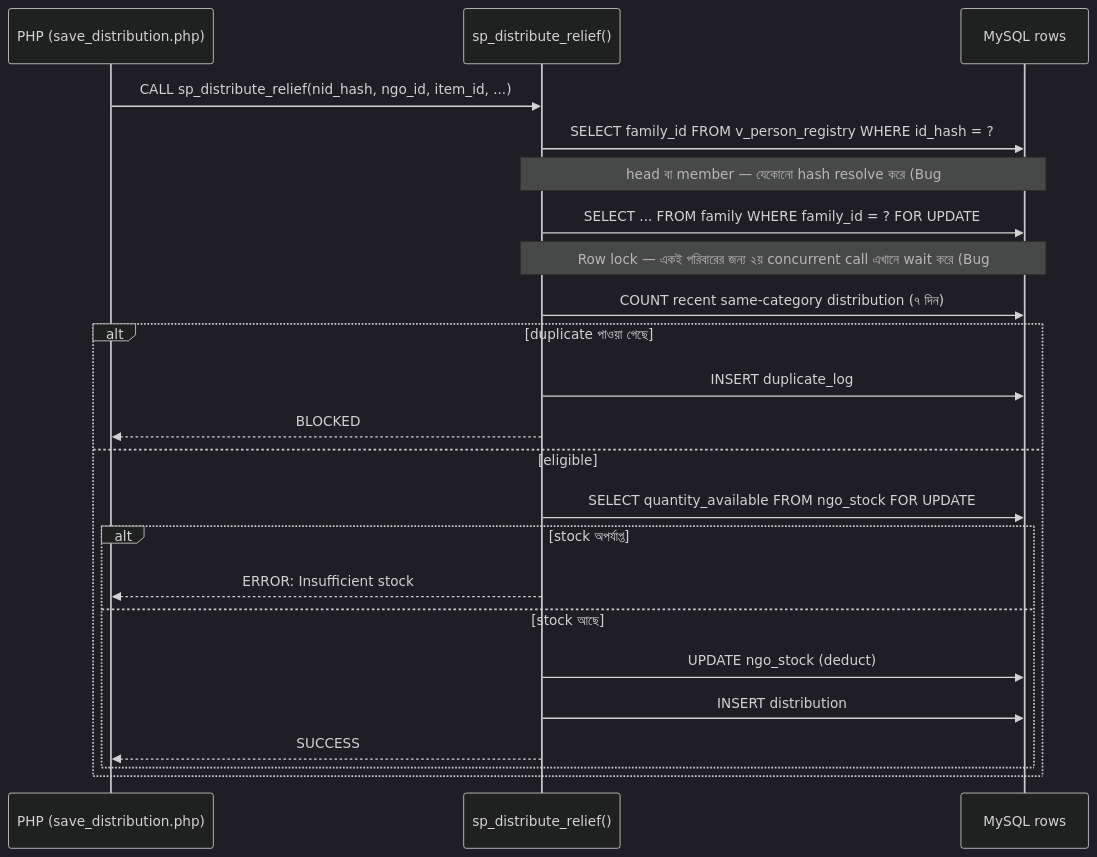
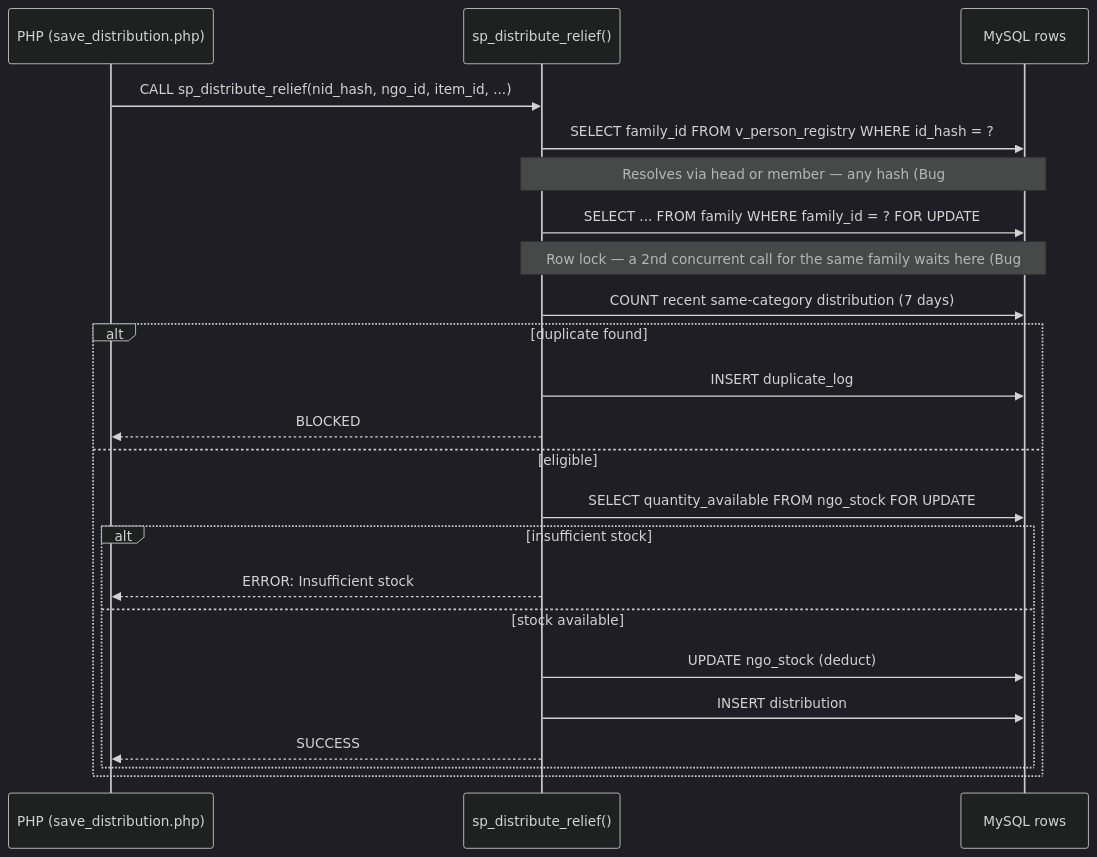
The third of 3 diagrams in README.md (gulamsakaria/relief-system), drawn with Mermaid (dark theme) before and after one commit. The commit also changed other lines of this file, not shown here.

````diff
--- a/README.md
+++ b/README.md
@@ -290,26 +291,26 @@
 ```mermaid
 sequenceDiagram
     participant App as PHP (save_distribution.php)
     participant Proc as sp_distribute_relief()
     participant DB as MySQL rows
 
     App->>Proc: CALL sp_distribute_relief(nid_hash, ngo_id, item_id, ...)
     Proc->>DB: SELECT family_id FROM v_person_registry WHERE id_hash = ?
-    Note over Proc,DB: head বা member — যেকোনো hash resolve করে (Bug #1 fix)
+    Note over Proc,DB: Resolves via head or member — any hash (Bug #1 fix)
     Proc->>DB: SELECT ... FROM family WHERE family_id = ? FOR UPDATE
-    Note over Proc,DB: Row lock — একই পরিবারের জন্য ২য় concurrent call এখানে wait করে (Bug #2 fix)
-    Proc->>DB: COUNT recent same-category distribution (৭ দিন)
-    alt duplicate পাওয়া গেছে
+    Note over Proc,DB: Row lock — a 2nd concurrent call for the same family waits here (Bug #2 fix)
+    Proc->>DB: COUNT recent same-category distribution (7 days)
+    alt duplicate found
         Proc->>DB: INSERT duplicate_log
         Proc-->>App: BLOCKED
     else eligible
         Proc->>DB: SELECT quantity_available FROM ngo_stock FOR UPDATE
-        alt stock অপর্যাপ্ত
+        alt insufficient stock
             Proc-->>App: ERROR: Insufficient stock
-        else stock আছে
+        else stock available
             Proc->>DB: UPDATE ngo_stock (deduct)
             Proc->>DB: INSERT distribution
             Proc-->>App: SUCCESS
         end
     end
 ```
````
